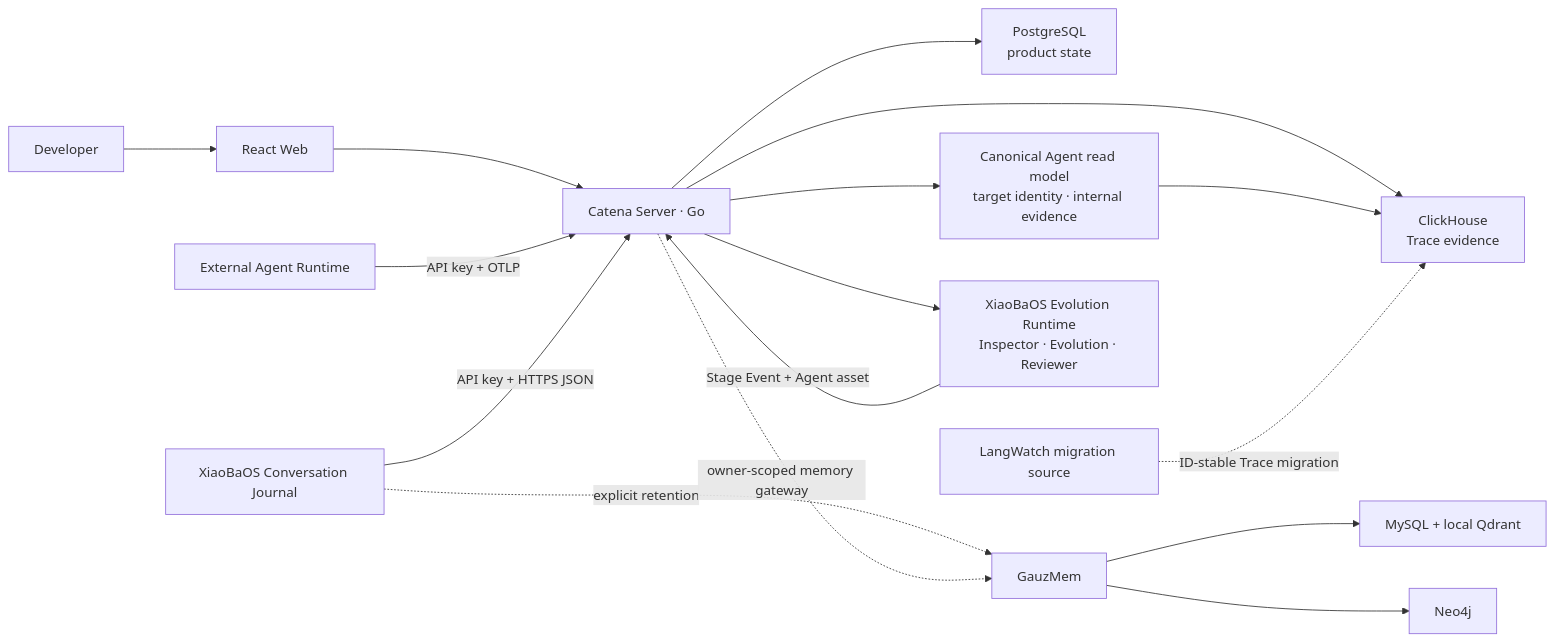
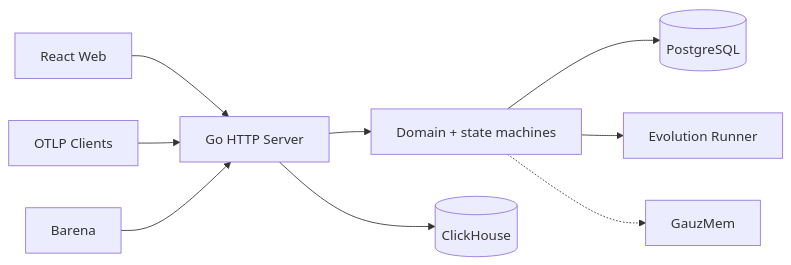
The first of 2 diagrams in control-plane/SPEC.md (fightheyyy/CATENA), drawn with Mermaid before and after one commit. The commit also changed other lines of this file and 8087 other files, not shown here.

Commit message:
Slim repository to Catena product surface

````diff
--- a/control-plane/SPEC.md
+++ b/control-plane/SPEC.md
@@ -69,18 +25,11 @@
 ```mermaid
 flowchart LR
-    User["Developer"] --> React["React Web"]
-    React --> Go["Catena Server · Go"]
-    Target["External Agent Runtime"] -- "API key + OTLP" --> Go
-    XiaoBaConversation["XiaoBaOS Conversation Journal"] -- "API key + HTTPS JSON" --> Go
-    Go --> PG["PostgreSQL<br/>product state"]
-    Go --> CH["ClickHouse<br/>Trace evidence"]
-    Go --> Identity["Canonical Agent read model<br/>target identity · internal evidence"]
-    Identity --> CH
-    XiaoBaConversation -. "explicit retention" .-> Memory["GauzMem"]
-    Go -. "owner-scoped memory gateway" .-> Memory
-    Memory --> MemorySQL["MySQL + local Qdrant"]
-    Memory --> Graph["Neo4j"]
-    Go --> Runner["XiaoBaOS Evolution Runtime<br/>Inspector · Evolution · Reviewer"]
-    Runner -- "Stage Event + Agent asset" --> Go
-    Legacy["LangWatch migration source"] -. "ID-stable Trace migration" .-> CH
+    Web["React Web"] --> HTTP["Go HTTP Server"]
+    OTel["OTLP Clients"] --> HTTP
+    Barena["Barena"] --> HTTP
+    HTTP --> Domain["Domain + state machines"]
+    Domain --> PG[("PostgreSQL")]
+    HTTP --> CH[("ClickHouse")]
+    Domain --> Worker["Evolution Runner"]
+    Domain -.-> Memory["GauzMem"]
 ```
````
